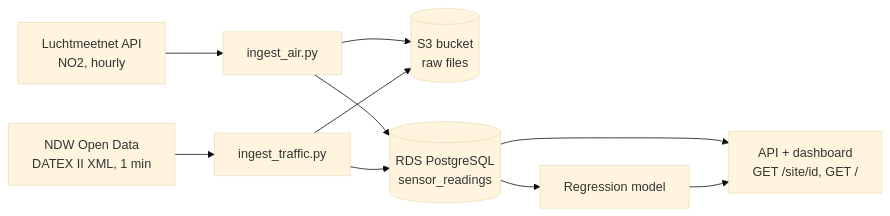
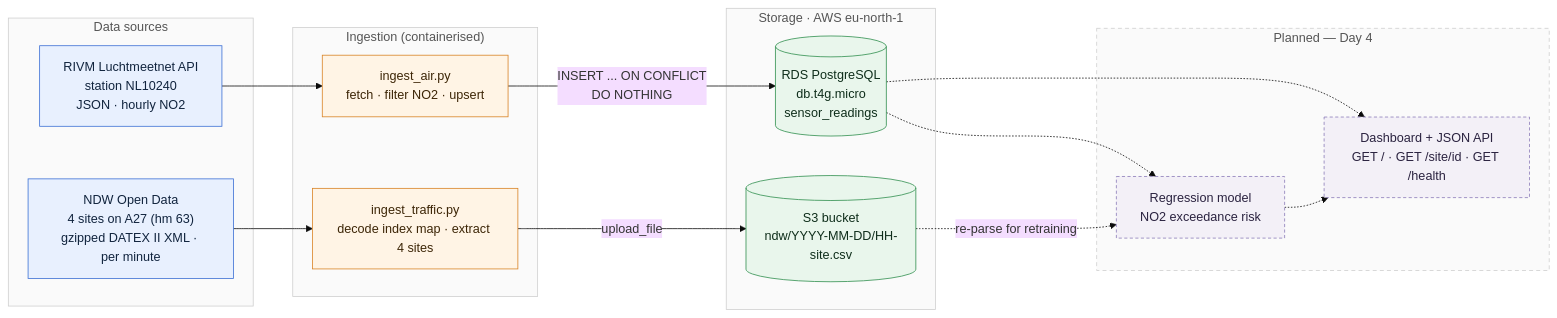
One commit to yuliiamedun/airbreda changed the diagram in docs/index.md. Above: the diagram before and after it, drawn with Mermaid (base theme). The commit also changed other lines of this file and 5 other files, not shown here.

Commit message:
add: database, data bucket, ADR, Architecture Design Document

````diff
--- a/docs/index.md
+++ b/docs/index.md
@@ -25,12 +21,46 @@
 ```mermaid
 flowchart LR
-    LMN[Luchtmeetnet API<br/>NO2, hourly] --> IA[ingest_air.py]
-    NDW[NDW Open Data<br/>DATEX II XML, 1 min] --> IT[ingest_traffic.py]
-    IA --> S3[(S3 bucket<br/>raw files)]
-    IT --> S3
-    IA --> RDS[(RDS PostgreSQL<br/>sensor_readings)]
-    IT --> RDS
-    RDS --> API[API + dashboard<br/>GET /site/id, GET /]
-    RDS --> ML[Regression model]
-    ML --> API
+    subgraph sources["Data sources"]
+        LMN["RIVM Luchtmeetnet API<br/>station NL10240<br/>JSON · hourly NO2"]
+        NDW["NDW Open Data<br/>4 sites on A27 (hm 63)<br/>gzipped DATEX II XML · per minute"]
+    end
+
+    subgraph ingest["Ingestion (containerised)"]
+        IA["ingest_air.py<br/>fetch · filter NO2 · upsert"]
+        IT["ingest_traffic.py<br/>decode index map · extract 4 sites"]
+    end
+
+    subgraph storage["Storage · AWS eu-north-1"]
+        RDS[("RDS PostgreSQL<br/>db.t4g.micro<br/>sensor_readings")]
+        S3[("S3 bucket<br/>ndw/YYYY-MM-DD/HH-site.csv")]
+    end
+
+    subgraph planned["Planned — Day 4"]
+        ML["Regression model<br/>NO2 exceedance risk"]
+        API["Dashboard + JSON API<br/>GET / · GET /site/id · GET /health"]
+    end
+
+    LMN --> IA
+    NDW --> IT
+    IA -->|"INSERT ... ON CONFLICT<br/>DO NOTHING"| RDS
+    IT -->|"upload_file"| S3
+    RDS -.-> ML
+    S3 -.->|"re-parse for retraining"| ML
+    ML -.-> API
+    RDS -.-> API
+
+    classDef src fill:#e8f0fe,stroke:#3b6fd4,color:#11243e
+    classDef ing fill:#fff4e5,stroke:#d98324,color:#3d2607
+    classDef sto fill:#e9f6ec,stroke:#2f8f4e,color:#0f2e1b
+    classDef fut fill:#f3f0f7,stroke:#8b7bb8,color:#2b2340,stroke-dasharray:4 3
+
+    class LMN,NDW src
+    class IA,IT ing
+    class RDS,S3 sto
+    class ML,API fut
+
+    style sources fill:#fafafa,stroke:#cfcfcf,color:#555
+    style ingest fill:#fafafa,stroke:#cfcfcf,color:#555
+    style storage fill:#fafafa,stroke:#cfcfcf,color:#555
+    style planned fill:#fafafa,stroke:#cfcfcf,color:#555,stroke-dasharray:5 4
 ```
````
